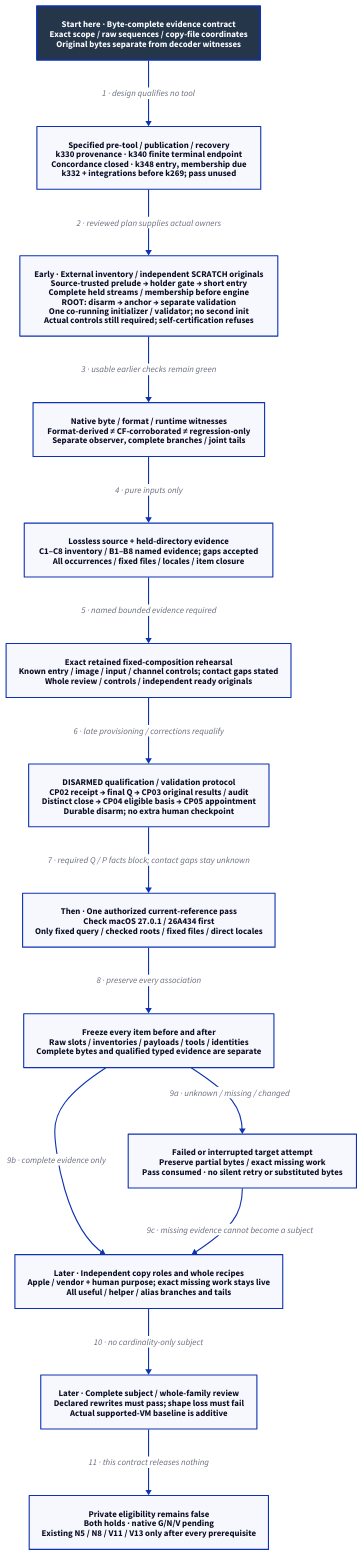
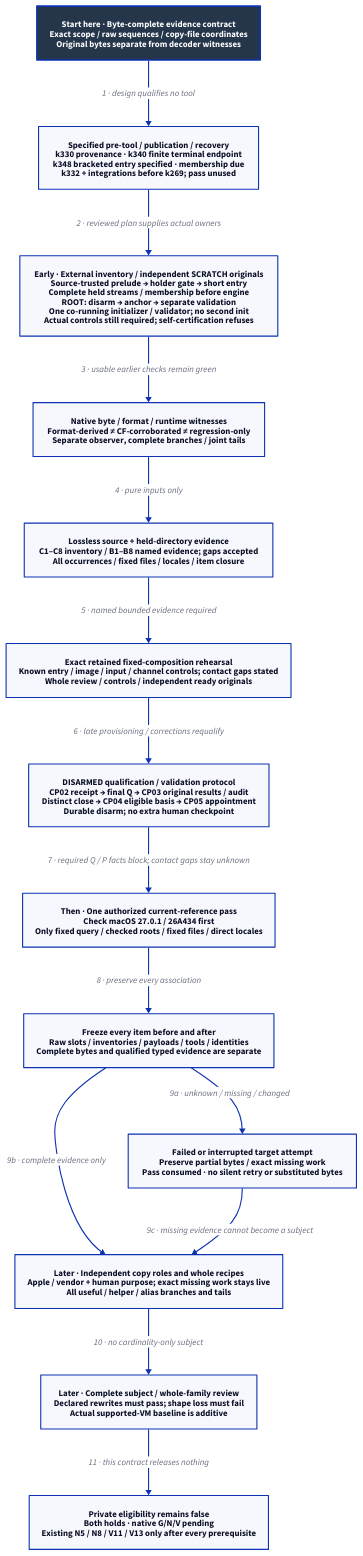
The diagram in docs/design/architecture/native-reference-evidence.d2 (Linkuistics/Koine), drawn with D2 before and after one commit. The commit also changed 33 other files, not shown here.

Commit message:
Specify bracketed inter-checkpoint publication entry under Antony's answer (reference-evidence-intercheckpoint-publication-entry-k348)

```diff
--- a/docs/design/architecture/native-reference-evidence.d2
+++ b/docs/design/architecture/native-reference-evidence.d2
@@ -1,31 +1,31 @@
-# Specified k331 mechanisms; k348 entry, k344 membership and k332 review precede use.
+# Specified k331 mechanisms and k348 bracketed entry; k344 membership and k332 review precede use.
 direction: down
 classes: {
   start: {style: {fill: "#25364B"; font-color: "#FFFFFF"; bold: true; stroke-width: 3}}
 }
 Start: "Start here · Byte-complete evidence contract\nExact scope / raw sequences / copy-file coordinates\nOriginal bytes separate from decoder witnesses" {class: start}
-Plan: "Specified pre-tool / publication / recovery\nk330 provenance · k340 finite terminal endpoint\nConcordance closed · k348 entry, membership due\nk332 + integrations before k269; pass unused"
+Plan: "Specified pre-tool / publication / recovery\nk330 provenance · k340 finite terminal endpoint\nk348 bracketed entry specified · membership due\nk332 + integrations before k269; pass unused"
 Replay: "Early · External inventory / independent SCRATCH originals\nSource-trusted prelude → holder gate → short entry\nComplete held streams / membership before engine\nROOT: disarm → anchor → separate validation\nOne co-running initializer / validator; no second init\nActual controls still required; self-certification refuses"
 Decode: "Native byte / format / runtime witnesses\nFormat-derived ≠ CF-corroborated ≠ regression-only\nSeparate observer, complete branches / joint tails"
 Source: "Lossless source + held-directory evidence\nC1–C8 inventory / B1–B8 named evidence; gaps accepted\nAll occurrences / fixed files / locales / item closure"
 Pure: "Exact retained fixed-composition rehearsal\nKnown entry / image / input / channel controls; contact gaps stated\nWhole review / controls / independent ready originals"
 Authority: "DISARMED qualification / validation protocol\nCP02 receipt → final Q → CP03 original results / audit\nDistinct close → CP04 eligible basis → CP05 appointment\nDurable disarm; no extra human checkpoint"
 Pass: "Then · One authorized current-reference pass\nCheck macOS 27.0.1 / 26A434 first\nOnly fixed query / checked roots / fixed files / direct locales"
 Closure: "Freeze every item before and after\nRaw slots / inventories / payloads / tools / identities\nComplete bytes and qualified typed evidence are separate"
 Failed: "Failed or interrupted target attempt\nPreserve partial bytes / exact missing work\nPass consumed · no silent retry or substituted bytes"
 Roles: "Later · Independent copy roles and whole recipes\nApple / vendor + human purpose; exact missing work stays live\nAll useful / helper / alias branches and tails"
 Review: "Later · Complete subject / whole-family review\nDeclared rewrites must pass; shape loss must fail\nActual supported-VM baseline is additive"
 Hold: "Private eligibility remains false\nBoth holds · native G/N/V pending\nExisting N5 / N8 / V11 / V13 only after every prerequisite"
 Start -> Plan: "1 · design qualifies no tool"
 Plan -> Replay: "2 · reviewed plan supplies actual owners"
 Replay -> Decode: "3 · usable earlier checks remain green"
 Decode -> Source: "4 · pure inputs only"
 Source -> Pure: "5 · named bounded evidence required"
 Pure -> Authority: "6 · late provisioning / corrections requalify"
 Authority -> Pass: "7 · required Q / P facts block; contact gaps stay unknown"
 Pass -> Closure: "8 · preserve every association"
 Closure -> Failed: "9a · unknown / missing / changed"
 Closure -> Roles: "9b · complete evidence only"
 Failed -> Roles: "9c · missing evidence cannot become a subject"
 Roles -> Review: "10 · no cardinality-only subject"
 Review -> Hold: "11 · this contract releases nothing"
```
